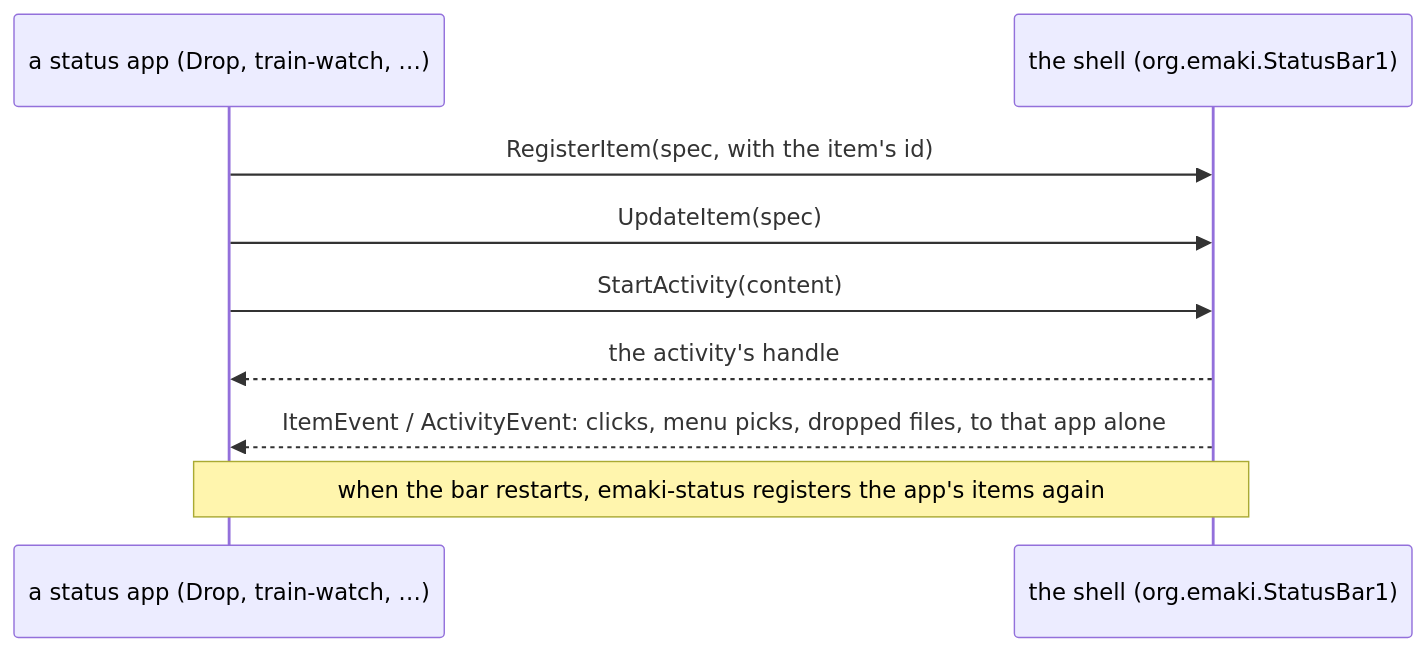
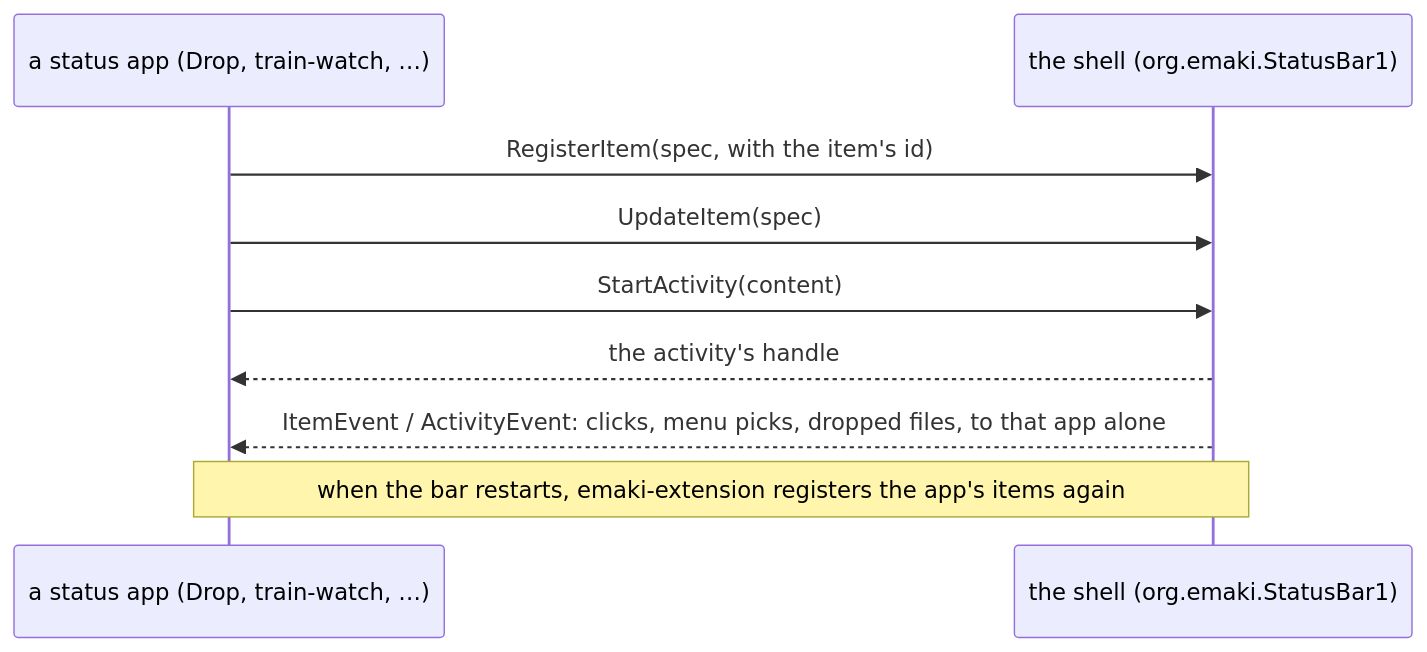
The third of 3 diagrams in docs/developer/architecture.md (098765434/amane-shell), drawn with Mermaid before and after one commit. The commit also changed other lines of this file and 29 other files, not shown here.

Commit message:
emaki-status is emaki-extension; the old name stays one release as a re-export

````diff
--- a/docs/developer/architecture.md
+++ b/docs/developer/architecture.md
@@ -127,11 +127,11 @@
 ```mermaid
 sequenceDiagram
     participant App as a status app (Drop, train-watch, …)
     participant Bar as the shell (org.emaki.StatusBar1)
     App->>Bar: RegisterItem(spec, with the item's id)
     App->>Bar: UpdateItem(spec)
     App->>Bar: StartActivity(content)
     Bar-->>App: the activity's handle
     Bar-->>App: ItemEvent / ActivityEvent: clicks, menu picks, dropped files, to that app alone
-    Note over Bar,App: when the bar restarts, emaki-status registers the app's items again
+    Note over Bar,App: when the bar restarts, emaki-extension registers the app's items again
 ```
````
